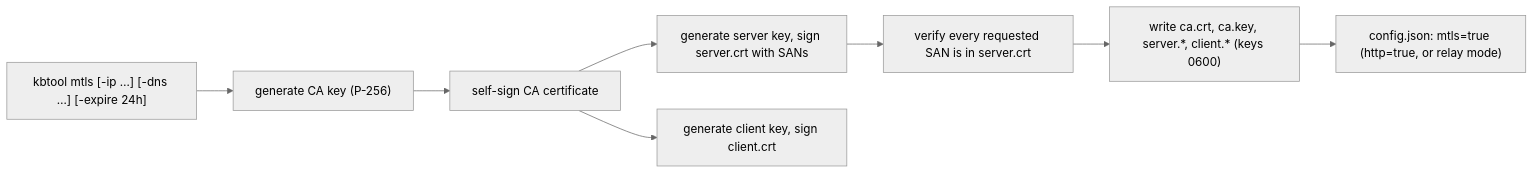
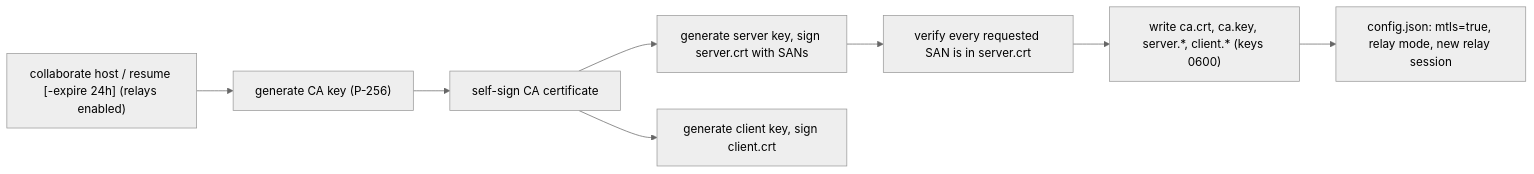
Before and after one commit to samrocketman/go-kbtool: the third of 24 diagrams in docs/cryptography.md, drawn with Mermaid (neutral theme). The commit also changed other lines of this file and 64 other files, not shown here.

````diff
--- a/docs/cryptography.md
+++ b/docs/cryptography.md
@@ -111,10 +134,10 @@
 ```mermaid
 flowchart LR
-  A["kbtool mtls [-ip …] [-dns …] [-expire 24h]"] --> B["generate CA key (P-256)"]
+  A["collaborate host / resume [-expire 24h] (relays enabled)"] --> B["generate CA key (P-256)"]
   B --> C["self-sign CA certificate"]
   C --> D["generate server key, sign server.crt with SANs"]
   C --> E["generate client key, sign client.crt"]
   D --> F["verify every requested SAN is in server.crt"]
   F --> G["write ca.crt, ca.key, server.*, client.* (keys 0600)"]
-  G --> H["config.json: mtls=true (http=true, or relay mode)"]
+  G --> H["config.json: mtls=true, relay mode, new relay session"]
 ```
````
